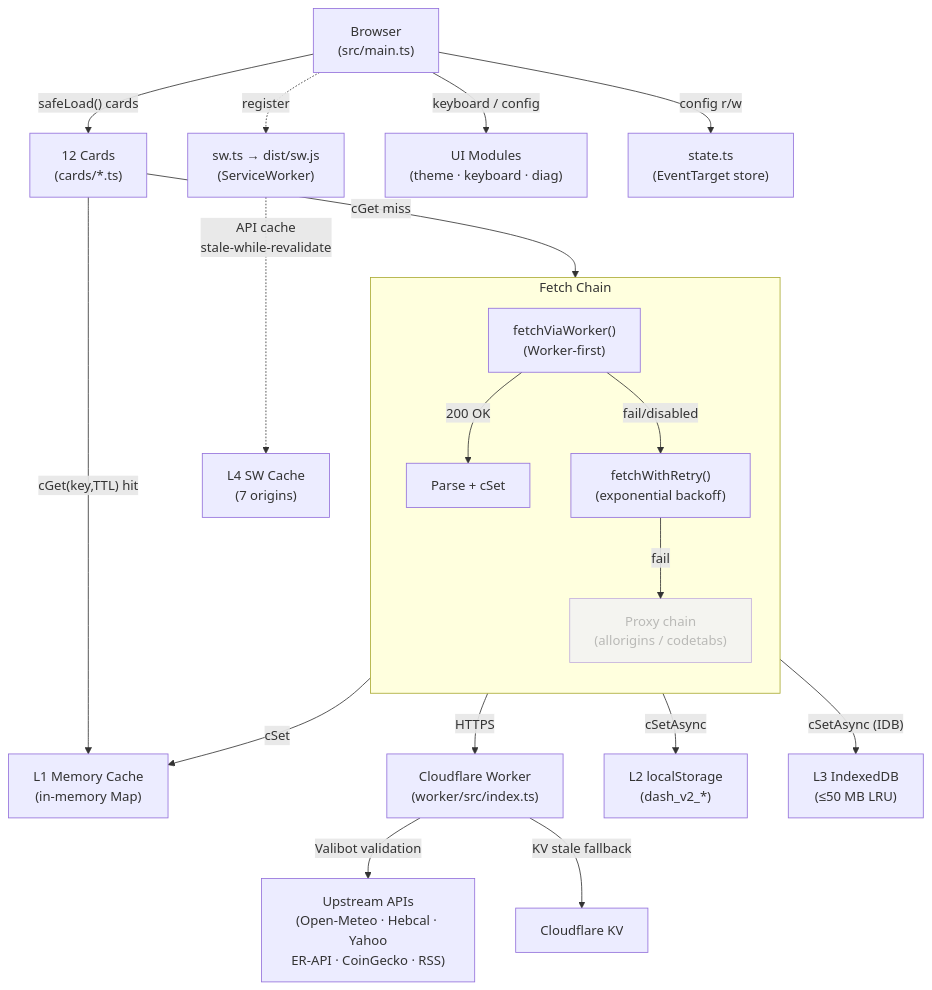
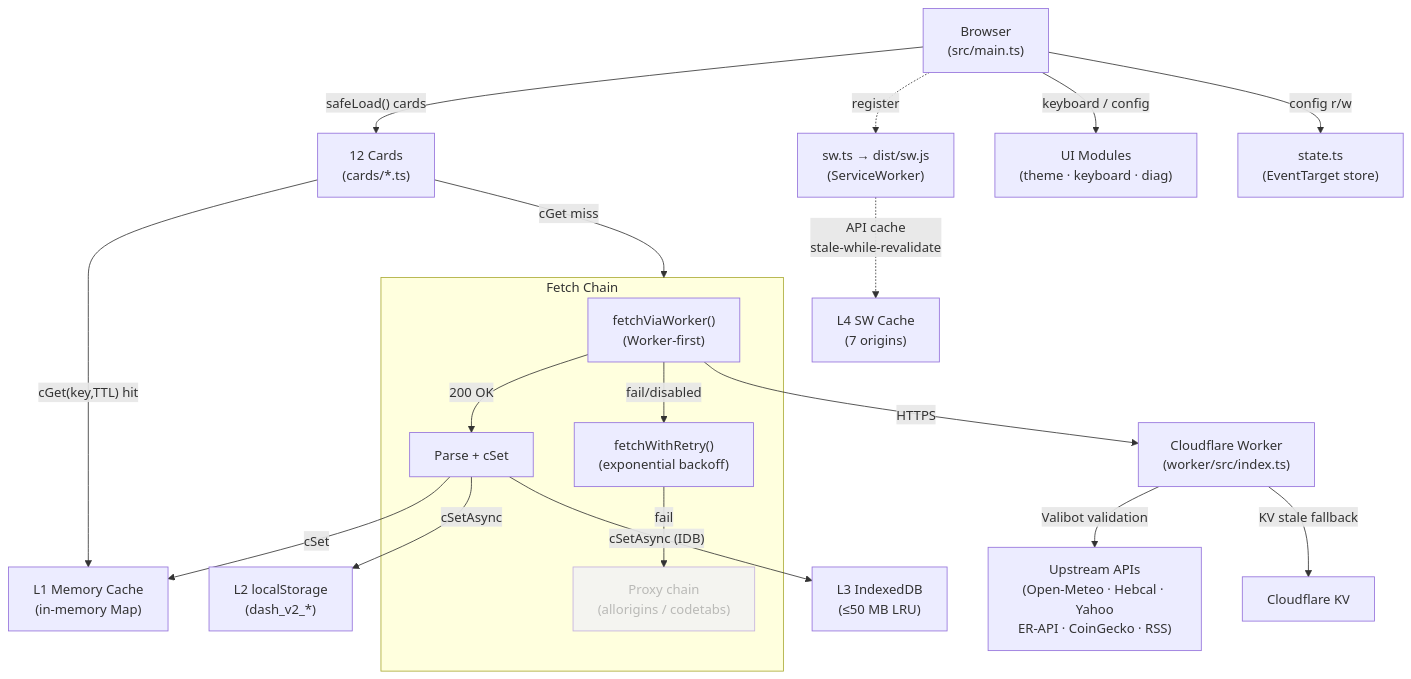
The first of 3 diagrams in docs/ARCHITECTURE.md (RajwanYair/FamilyDashBoard), drawn with Mermaid before and after one commit. The commit also changed other lines of this file and 20 other files, not shown here.

````diff
--- a/docs/ARCHITECTURE.md
+++ b/docs/ARCHITECTURE.md
@@ -171,29 +171,28 @@
 ```mermaid
 flowchart TD
     Browser["Browser\n(src/main.ts)"] -->|"safeLoad() cards"| Cards["12 Cards\n(cards/*.ts)"]
     Cards -->|"cGet(key,TTL) hit"| CacheL1["L1 Memory Cache\n(in-memory Map)"]
     Cards -->|"cGet miss"| FetchChain
 
-    subgraph FetchChain["Fetch Chain"]
-        direction TB
+    subgraph FetchChain[Fetch Chain]
         FVW["fetchViaWorker()\n(Worker-first)"] -->|"200 OK"| ParseData["Parse + cSet"]
         FVW -->|"fail/disabled"| FWR["fetchWithRetry()\n(exponential backoff)"]
         FWR -->|"fail"| Proxies["Proxy chain\n(allorigins / codetabs)"]:::faded
     end
 
     FVW -->|"HTTPS"| Worker["Cloudflare Worker\n(worker/src/index.ts)"]
     Worker -->|"Valibot validation"| Upstream["Upstream APIs\n(Open-Meteo · Hebcal · Yahoo\nER-API · CoinGecko · RSS)"]
     Worker -->|"KV stale fallback"| CFKV["Cloudflare KV"]
 
     ParseData -->|"cSet"| CacheL1
     ParseData -->|"cSetAsync"| CacheL2["L2 localStorage\n(dash_v2_*)"]
     ParseData -->|"cSetAsync (IDB)"| CacheL3["L3 IndexedDB\n(≤50 MB LRU)"]
 
     SW["sw.ts → dist/sw.js\n(ServiceWorker)"] -.->|"API cache\nstale-while-revalidate"| CacheL4["L4 SW Cache\n(7 origins)"]
     Browser -.->|"register"| SW
 
     Browser -->|"keyboard / config"| UI["UI Modules\n(theme · keyboard · diag)"]
     Browser -->|"config r/w"| State["state.ts\n(EventTarget store)"]
 
     classDef faded opacity:0.55;
 ```
````
